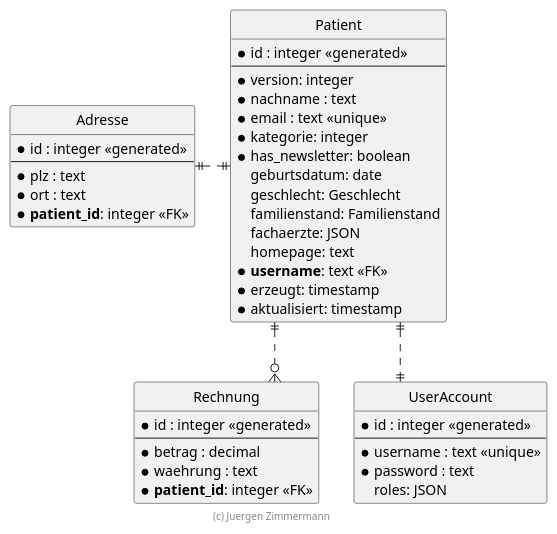
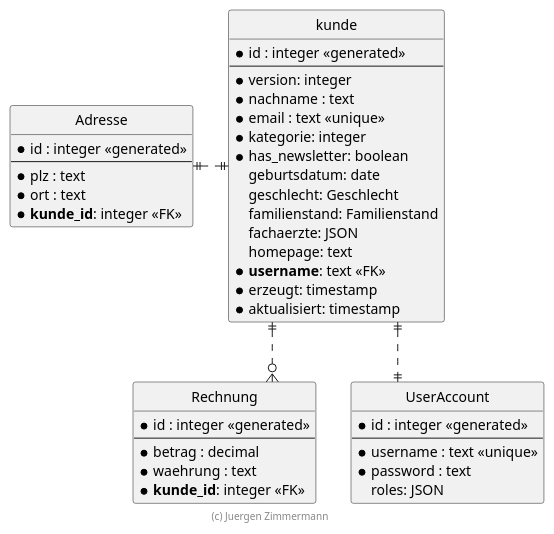
One commit to leonjungkind-cmyk/SWE_Abgabe_1 changed the diagram in docs/diagramme/src/er-diagramm.plantuml. Above: the diagram before and after it, drawn with PlantUML. The commit also changed 119 other files, not shown here.

```diff
--- a/docs/diagramme/src/er-diagramm.plantuml
+++ b/docs/diagramme/src/er-diagramm.plantuml
@@ -18,57 +18,57 @@
 @startuml ER Diagramm
 
 ' hide the spot
 hide circle
 
 ' evtl. Prbleme mit Kraehenfuessen vermeiden
 skinparam linetype ortho
 
-entity "Patient" {
+entity "kunde" {
   * id : integer <<generated>>
   --
   * version: integer
   * nachname : text
   * email : text <<unique>>
   * kategorie: integer
   * has_newsletter: boolean
     geburtsdatum: date
     geschlecht: Geschlecht
     familienstand: Familienstand
     fachaerzte: JSON
     homepage: text
   * **username**: text <<FK>>
   * erzeugt: timestamp
   * aktualisiert: timestamp
 }
 
 entity "Adresse" {
   * id : integer <<generated>>
   --
   * plz : text
   * ort : text
-  * **patient_id**: integer <<FK>>
+  * **kunde_id**: integer <<FK>>
 }
 
 entity "Rechnung" {
   * id : integer <<generated>>
   --
   * betrag : decimal
   * waehrung : text
-  * **patient_id**: integer <<FK>>
+  * **kunde_id**: integer <<FK>>
 }
 
 entity "UserAccount" {
   * id : integer <<generated>>
   --
   * username : text <<unique>>
   * password : text
     roles: JSON
 }
 
-Patient ||.left.|| Adresse
-Patient ||..o{ Rechnung
-Patient ||..|| UserAccount
+kunde ||.left.|| Adresse
+kunde ||..o{ Rechnung
+kunde ||..|| UserAccount
 
 footer (c) Juergen Zimmermann
 
 @enduml
```
